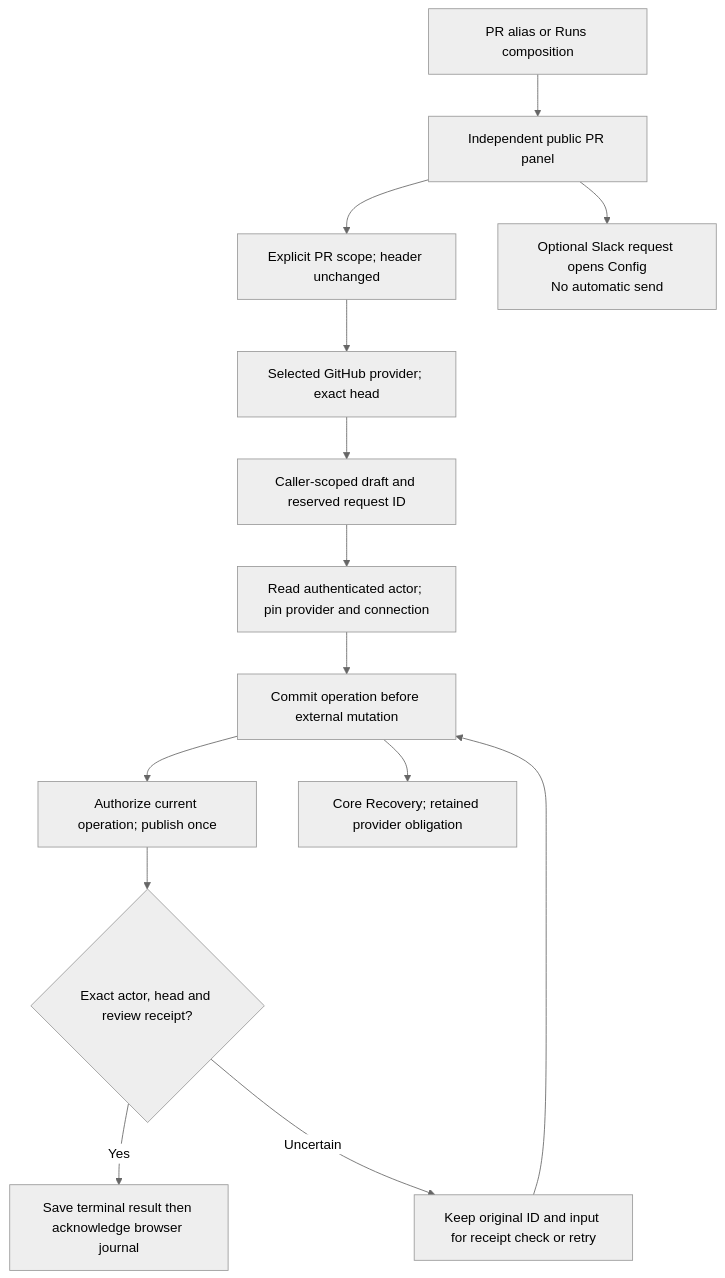
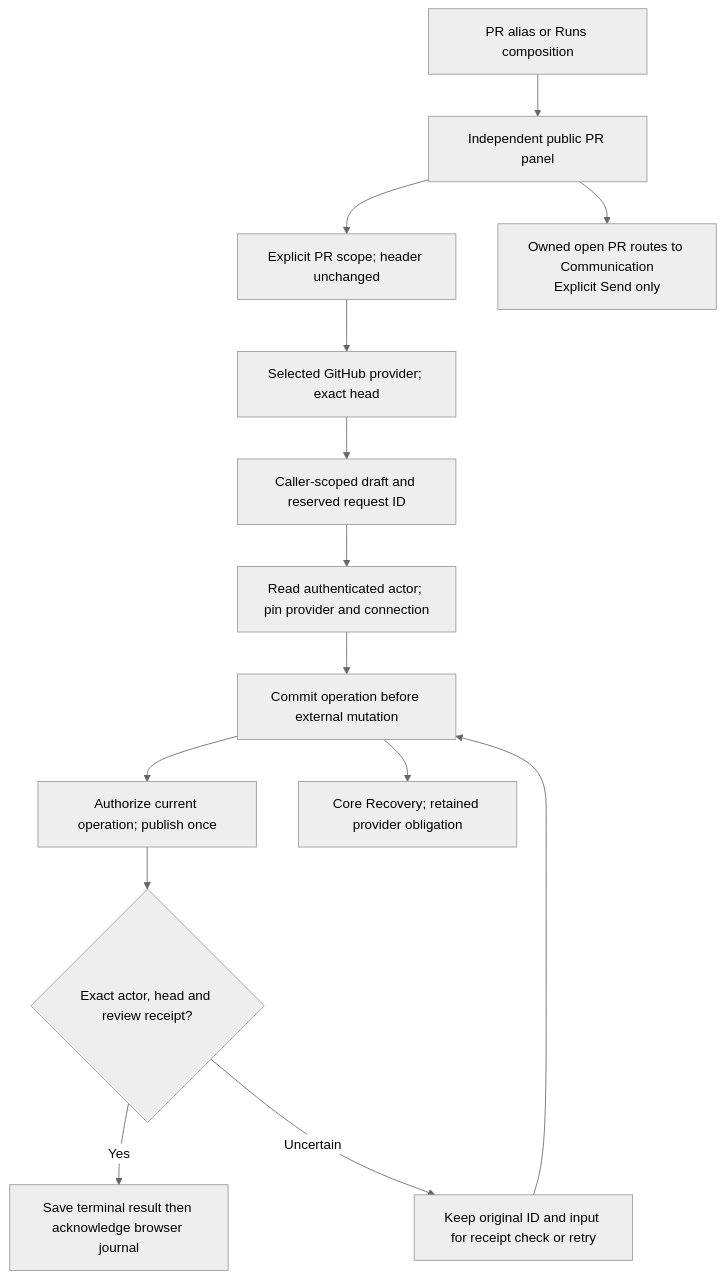
Before and after one commit to nloehlein-godaddy/helmsman: the sixth of 11 diagrams in docs/helmsman-process.md, drawn with Mermaid (neutral theme). The commit also changed other lines of this file and 106 other files, not shown here.

Commit message:
Extract communication presentation and Slack provider plugins

````diff
--- a/docs/helmsman-process.md
+++ b/docs/helmsman-process.md
@@ -166,16 +166,16 @@
 ```mermaid
 flowchart TD
     Alias[PR alias or Runs composition] --> Panel[Independent public PR panel]
     Panel --> Scope[Explicit PR scope; header unchanged]
     Scope --> Inspect[Selected GitHub provider; exact head]
     Inspect --> Journal[Caller-scoped draft and reserved request ID]
     Journal --> Prepare[Read authenticated actor; pin provider and connection]
     Prepare --> Durable[Commit operation before external mutation]
     Durable --> Publish[Authorize current operation; publish once]
     Publish --> Proven{Exact actor, head and review receipt?}
     Proven -->|Yes| Save[Save terminal result then acknowledge browser journal]
     Proven -->|Uncertain| Retain[Keep original ID and input for receipt check or retry]
     Retain --> Durable
     Durable --> Recovery[Core Recovery; retained provider obligation]
-    Panel --> Slack[Optional Slack request opens Config<br/>No automatic send]
+    Panel --> Communication[Owned open PR routes to Communication<br/>Explicit Send only]
 ```
````
